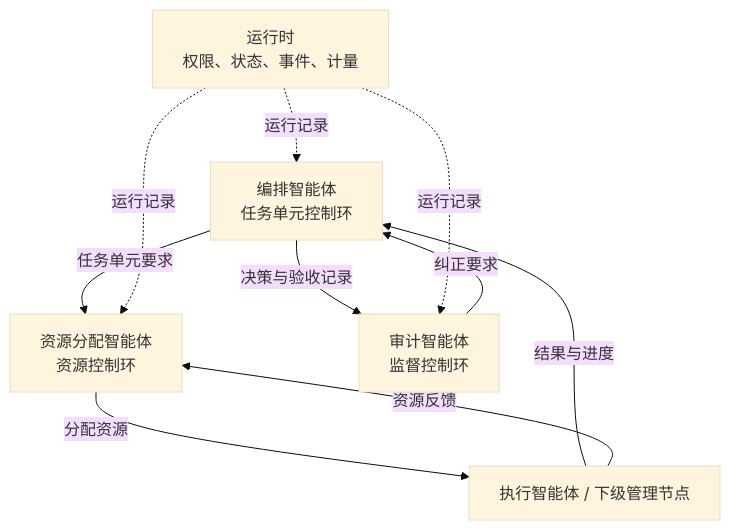
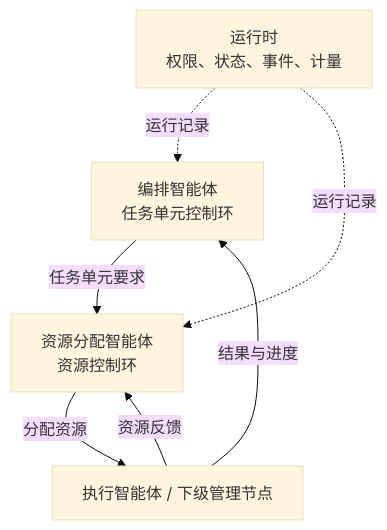
The first of 3 diagrams in docs/design/agents.md (Luohaothu/dsh-flow), drawn with Mermaid (base theme) before and after one commit. The commit also changed other lines of this file and 160 other files, not shown here.

````diff
--- a/docs/design/agents.md
+++ b/docs/design/agents.md
@@ -44,12 +37,9 @@
 ```mermaid
 flowchart TB
     O["编排智能体<br/>任务单元控制环"] -->|任务单元要求| A["资源分配智能体<br/>资源控制环"]
     A -->|分配资源| W["执行智能体 / 下级管理节点"]
     W -->|结果与进度| O
     W -->|资源反馈| A
-    O -->|决策与验收记录| U["审计智能体<br/>监督控制环"]
-    U -->|纠正要求| O
     R["运行时<br/>权限、状态、事件、计量"] -.->|运行记录| O
     R -.->|运行记录| A
-    R -.->|运行记录| U
 ```
````
